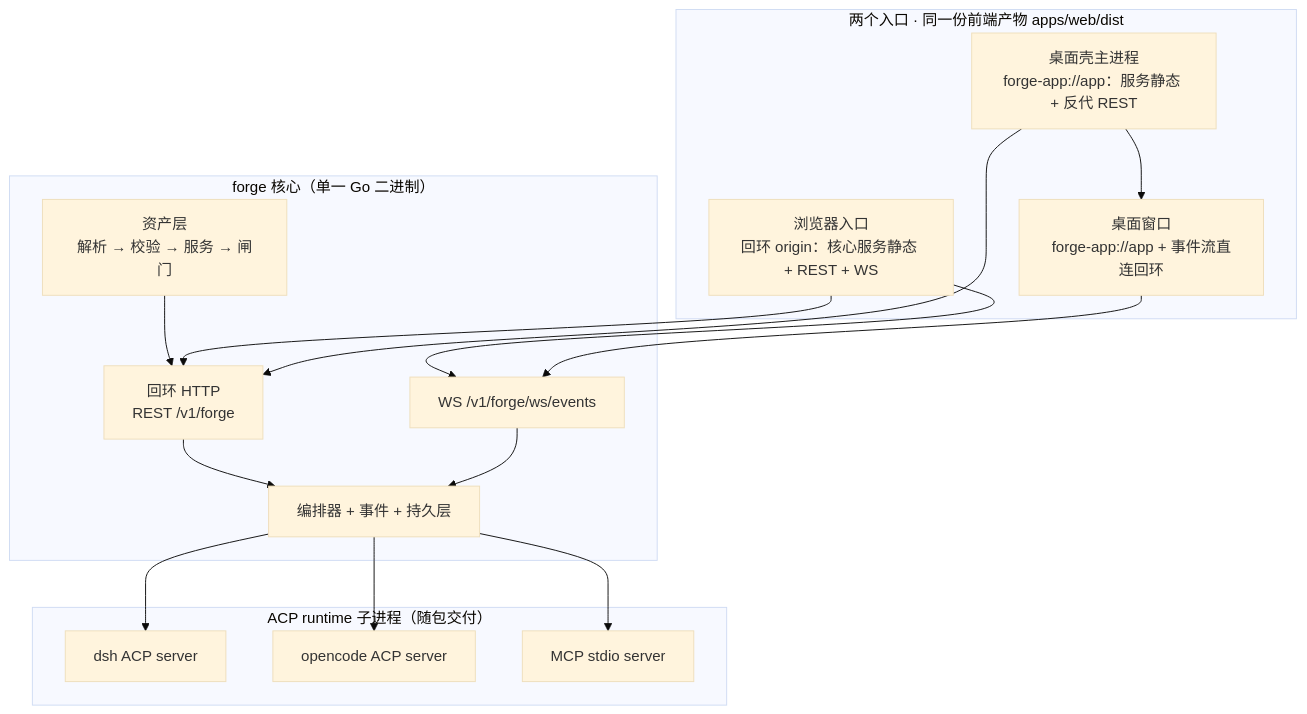
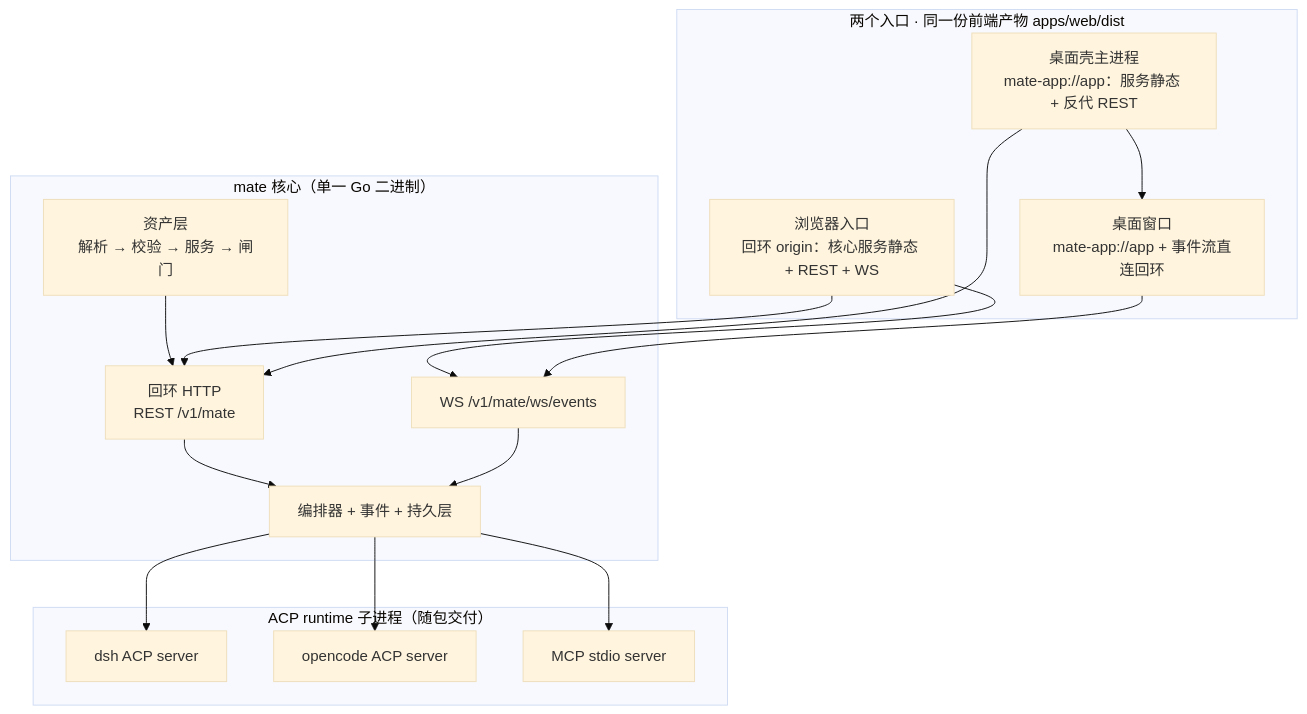
Before and after one commit to morehao/ark-mate: the first of 3 diagrams in docs/desktop-architecture-design-20260928.md, drawn with Mermaid (base theme). The commit also changed other lines of this file and 442 other files, not shown here.

````diff
--- a/docs/desktop-architecture-design-20260928.md
+++ b/docs/desktop-architecture-design-20260928.md
@@ -137,30 +137,30 @@
 ```mermaid
 graph TB
-  subgraph Core["forge 核心（单一 Go 二进制）"]
-    HTTP["回环 HTTP<br>REST /v1/forge"]
-    WS["WS /v1/forge/ws/events"]
+  subgraph Core["mate 核心（单一 Go 二进制）"]
+    HTTP["回环 HTTP<br>REST /v1/mate"]
+    WS["WS /v1/mate/ws/events"]
     ASSET["资产层<br>解析 → 校验 → 服务 → 闸门"]
     ORCH["编排器 + 事件 + 持久层"]
     HTTP --> ORCH
     WS --> ORCH
     ASSET --> HTTP
   end
   subgraph Entries["两个入口 · 同一份前端产物 apps/web/dist"]
     B["浏览器入口<br>回环 origin：核心服务静态 + REST + WS"]
-    SH["桌面壳主进程<br>forge-app://app：服务静态 + 反代 REST"]
-    D["桌面窗口<br>forge-app://app + 事件流直连回环"]
+    SH["桌面壳主进程<br>mate-app://app：服务静态 + 反代 REST"]
+    D["桌面窗口<br>mate-app://app + 事件流直连回环"]
   end
   subgraph Runtimes["ACP runtime 子进程（随包交付）"]
     DSH["dsh ACP server"]
     OC["opencode ACP server"]
     MCP["MCP stdio server"]
   end
   B --> HTTP
   B --> WS
   SH --> D
   SH --> HTTP
   D --> WS
   ORCH --> DSH
   ORCH --> OC
   ORCH --> MCP
 ```
````
